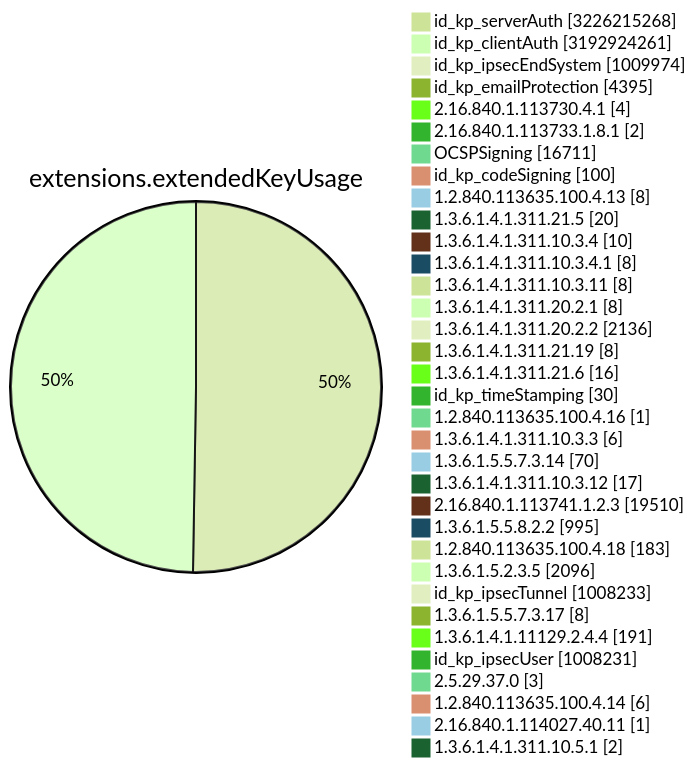
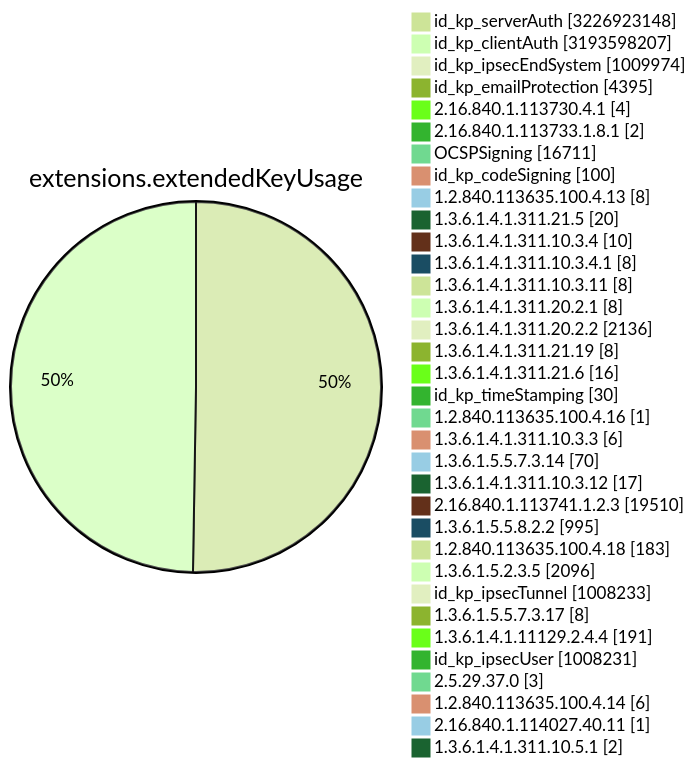
One commit to christiankrug/ctmonitor_visualization changed diagram 11 of 15 in TOTAL/README.md. Above: the diagram before and after it, drawn with Mermaid (forest theme). The commit also changed other lines of this file, not shown here.

````diff
--- a/TOTAL/README.md
+++ b/TOTAL/README.md
@@ -4119,38 +4119,38 @@
 ```mermaid
 pie showData
 title extensions.extendedKeyUsage
-"id_kp_serverAuth" :3226215268
-"id_kp_clientAuth" :3192924261
+"id_kp_serverAuth" :3226923148
+"id_kp_clientAuth" :3193598207
 "id_kp_ipsecEndSystem" :1009974
 "id_kp_emailProtection" :4395
 "2.16.840.1.113730.4.1" :4
 "2.16.840.1.113733.1.8.1" :2
 "OCSPSigning" :16711
 "id_kp_codeSigning" :100
 "1.2.840.113635.100.4.13" :8
 "1.3.6.1.4.1.311.21.5" :20
 "1.3.6.1.4.1.311.10.3.4" :10
 "1.3.6.1.4.1.311.10.3.4.1" :8
 "1.3.6.1.4.1.311.10.3.11" :8
 "1.3.6.1.4.1.311.20.2.1" :8
 "1.3.6.1.4.1.311.20.2.2" :2136
 "1.3.6.1.4.1.311.21.19" :8
 "1.3.6.1.4.1.311.21.6" :16
 "id_kp_timeStamping" :30
 "1.2.840.113635.100.4.16" :1
 "1.3.6.1.4.1.311.10.3.3" :6
 "1.3.6.1.5.5.7.3.14" :70
 "1.3.6.1.4.1.311.10.3.12" :17
 "2.16.840.1.113741.1.2.3" :19510
 "1.3.6.1.5.5.8.2.2" :995
 "1.2.840.113635.100.4.18" :183
 "1.3.6.1.5.2.3.5" :2096
 "id_kp_ipsecTunnel" :1008233
 "1.3.6.1.5.5.7.3.17" :8
 "1.3.6.1.4.1.11129.2.4.4" :191
 "id_kp_ipsecUser" :1008231
 "2.5.29.37.0" :3
 "1.2.840.113635.100.4.14" :6
 "2.16.840.1.114027.40.11" :1
 "1.3.6.1.4.1.311.10.5.1" :2
 ```
````
